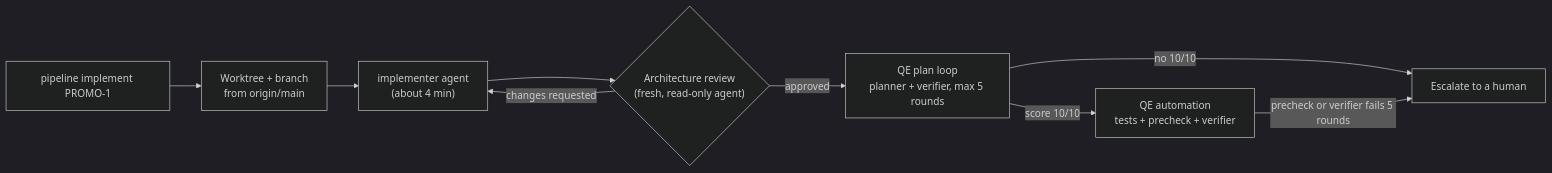
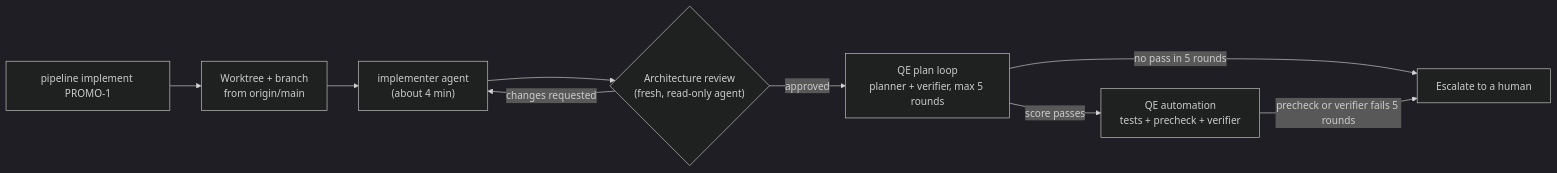
Before and after one commit to armandodollia-slalom/AI-Immersion-eShop: the diagram in docs/ai-pipeline/demo-first-results.md, drawn with Mermaid (dark theme). The commit also changed other lines of this file, not shown here.

````diff
--- a/docs/ai-pipeline/demo-first-results.md
+++ b/docs/ai-pipeline/demo-first-results.md
@@ -11,11 +11,11 @@
 ```mermaid
 flowchart LR
   C["pipeline implement PROMO-1"] --> W["Worktree + branch<br/>from origin/main"]
   W --> I["implementer agent<br/>(about 4 min)"]
   I --> R{"Architecture review<br/>(fresh, read-only agent)"}
   R -->|changes requested| I
   R -->|approved| P["QE plan loop<br/>planner + verifier, max 5 rounds"]
-  P -->|score 10/10| A["QE automation<br/>tests + precheck + verifier"]
-  P -->|no 10/10| E["Escalate to a human"]
+  P -->|score passes| A["QE automation<br/>tests + precheck + verifier"]
+  P -->|no pass in 5 rounds| E["Escalate to a human"]
   A -->|precheck or verifier fails 5 rounds| E
 ```
````
